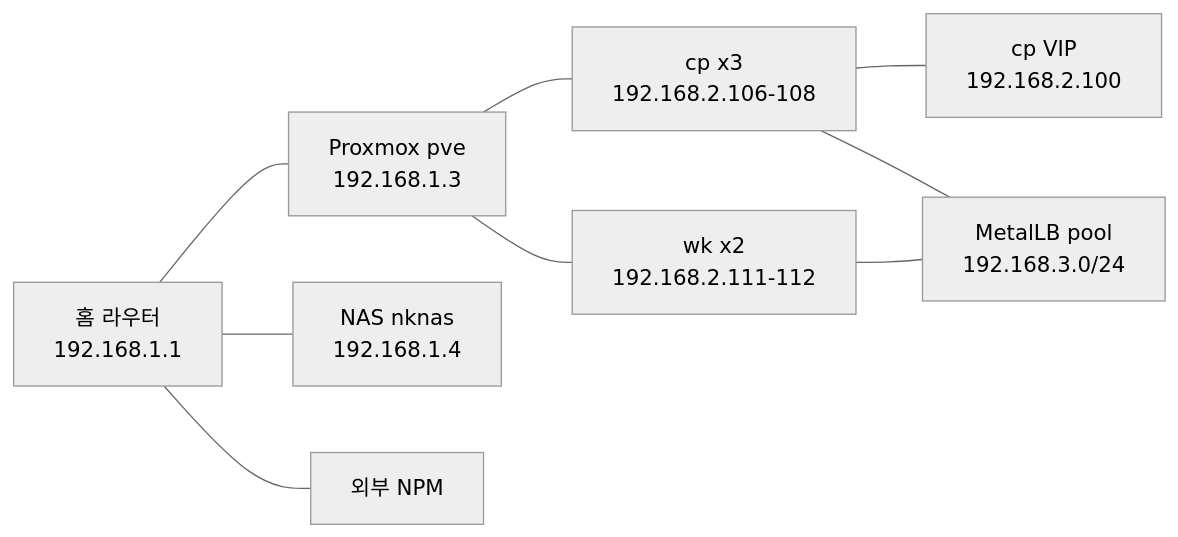
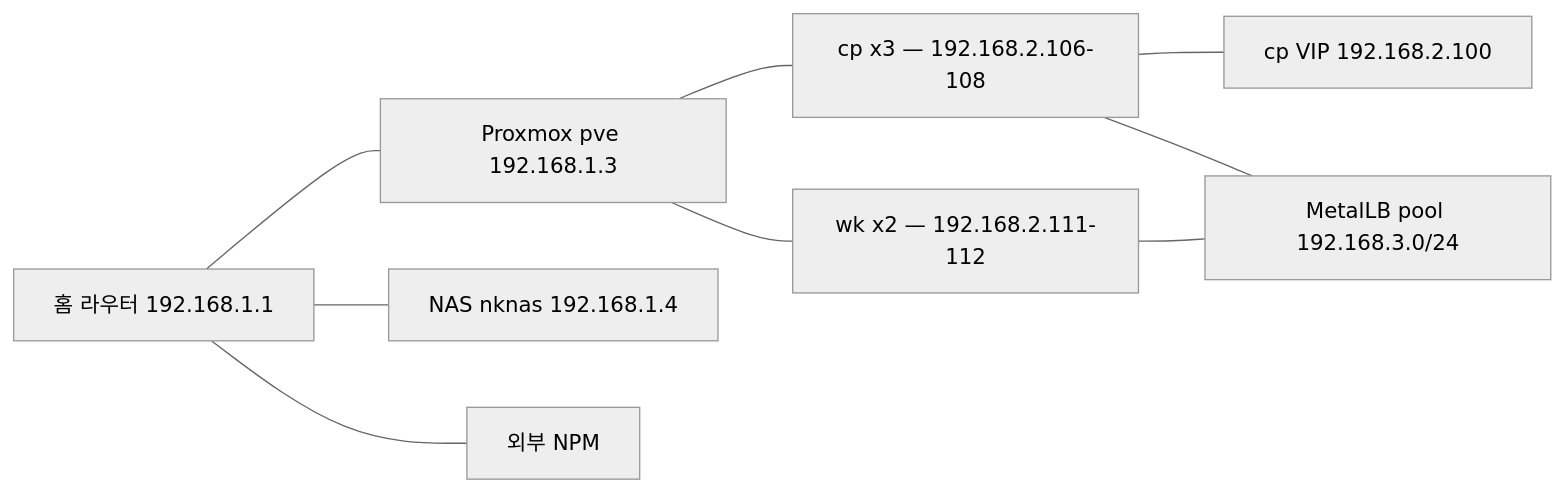
Before and after one commit to nineking424/k8s-ops: the diagram in docs/concepts/network-topology.md, drawn with Mermaid (neutral theme). The commit also changed 4 other files, not shown here.

First line of the commit message:
docs: fix broken mermaid diagrams on published site

````diff
--- a/docs/concepts/network-topology.md
+++ b/docs/concepts/network-topology.md
@@ -20,20 +20,20 @@
 ```mermaid
 flowchart LR
-    router[홈 라우터<br/>192.168.1.1]
-    pve[Proxmox pve<br/>192.168.1.3]
-    nas[NAS nknas<br/>192.168.1.4]
-    cp[cp x3<br/>192.168.2.106-108]
-    wk[wk x2<br/>192.168.2.111-112]
-    vip[cp VIP<br/>192.168.2.100]
-    lb[MetalLB pool<br/>192.168.3.0/24]
-    npm[외부 NPM]
+    router["홈 라우터 192.168.1.1"]
+    pve["Proxmox pve 192.168.1.3"]
+    nas["NAS nknas 192.168.1.4"]
+    cp["cp x3 — 192.168.2.106-108"]
+    wk["wk x2 — 192.168.2.111-112"]
+    vip["cp VIP 192.168.2.100"]
+    lb["MetalLB pool 192.168.3.0/24"]
+    npm["외부 NPM"]
 
     router --- pve
     router --- nas
     router --- npm
     pve --- cp
     pve --- wk
     cp --- vip
     cp --- lb
     wk --- lb
 ```
````
